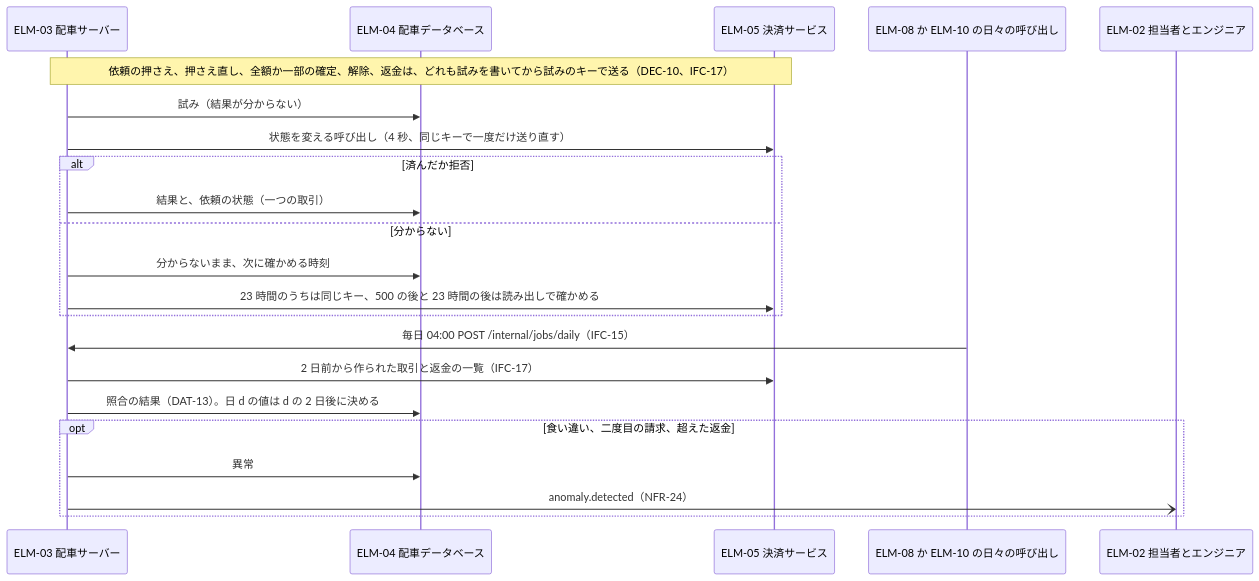
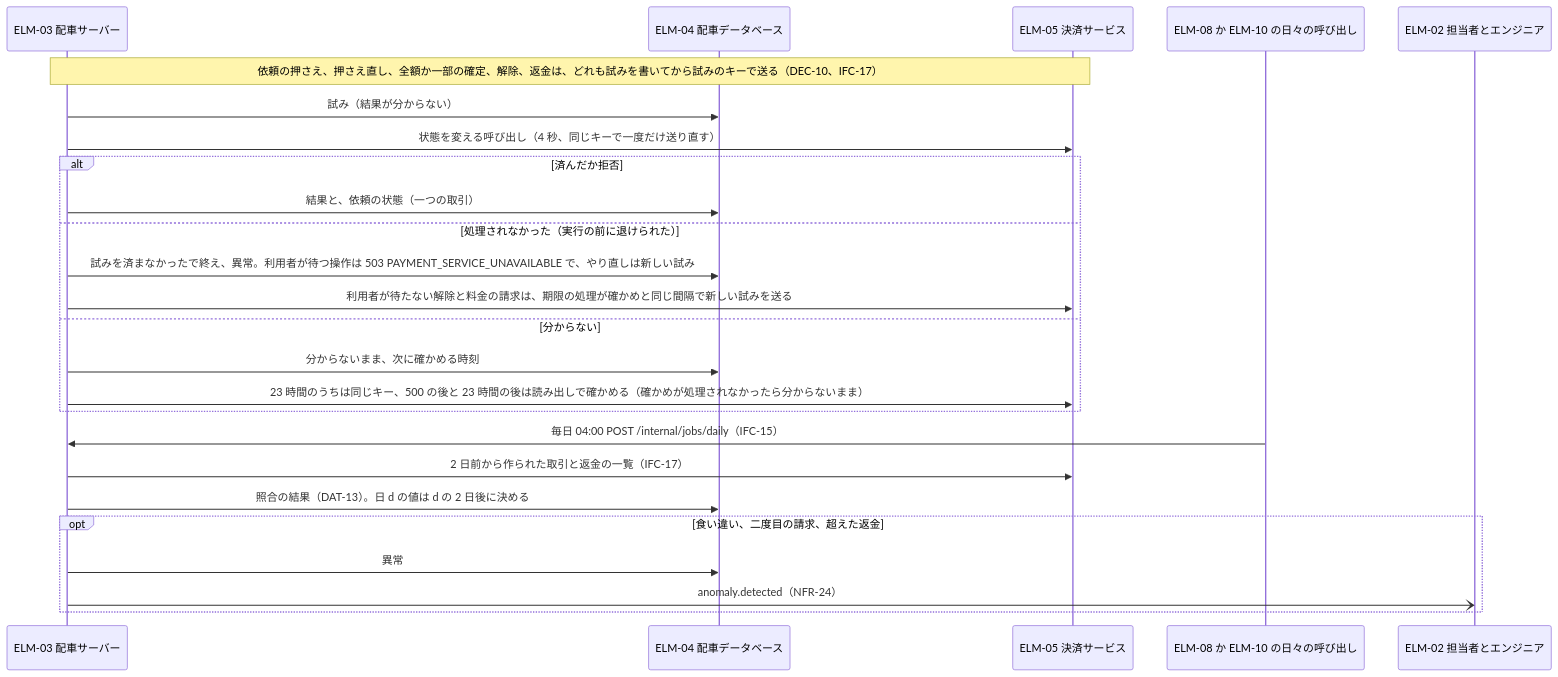
Before and after one commit to Taro000/ride-hailing-app-demo: diagram 25 of 57 in docs/design/3-high-level-design.md, drawn with Mermaid. The commit also changed other lines of this file and 27 other files, not shown here.

````diff
--- a/docs/design/3-high-level-design.md
+++ b/docs/design/3-high-level-design.md
@@ -918,24 +946,27 @@
 ```mermaid
 sequenceDiagram
   participant S as ELM-03 配車サーバー
   participant DB as ELM-04 配車データベース
   participant PAY as ELM-05 決済サービス
   participant J as ELM-08 か ELM-10 の日々の呼び出し
   participant E as ELM-02 担当者とエンジニア
   Note over S,PAY: 依頼の押さえ、押さえ直し、全額か一部の確定、解除、返金は、どれも試みを書いてから試みのキーで送る（DEC-10、IFC-17）
   S->>DB: 試み（結果が分からない）
   S->>PAY: 状態を変える呼び出し（4 秒、同じキーで一度だけ送り直す）
   alt 済んだか拒否
     S->>DB: 結果と、依頼の状態（一つの取引）
+  else 処理されなかった（実行の前に退けられた）
+    S->>DB: 試みを済まなかったで終え、異常。利用者が待つ操作は 503 PAYMENT_SERVICE_UNAVAILABLE で、やり直しは新しい試み
+    S->>PAY: 利用者が待たない解除と料金の請求は、期限の処理が確かめと同じ間隔で新しい試みを送る
   else 分からない
     S->>DB: 分からないまま、次に確かめる時刻
-    S->>PAY: 23 時間のうちは同じキー、500 の後と 23 時間の後は読み出しで確かめる
+    S->>PAY: 23 時間のうちは同じキー、500 の後と 23 時間の後は読み出しで確かめる（確かめが処理されなかったら分からないまま）
   end
   J->>S: 毎日 04:00 POST /internal/jobs/daily（IFC-15）
   S->>PAY: 2 日前から作られた取引と返金の一覧（IFC-17）
   S->>DB: 照合の結果（DAT-13）。日 d の値は d の 2 日後に決める
   opt 食い違い、二度目の請求、超えた返金
     S->>DB: 異常
     S-)E: anomaly.detected（NFR-24）
   end
 ```
````
